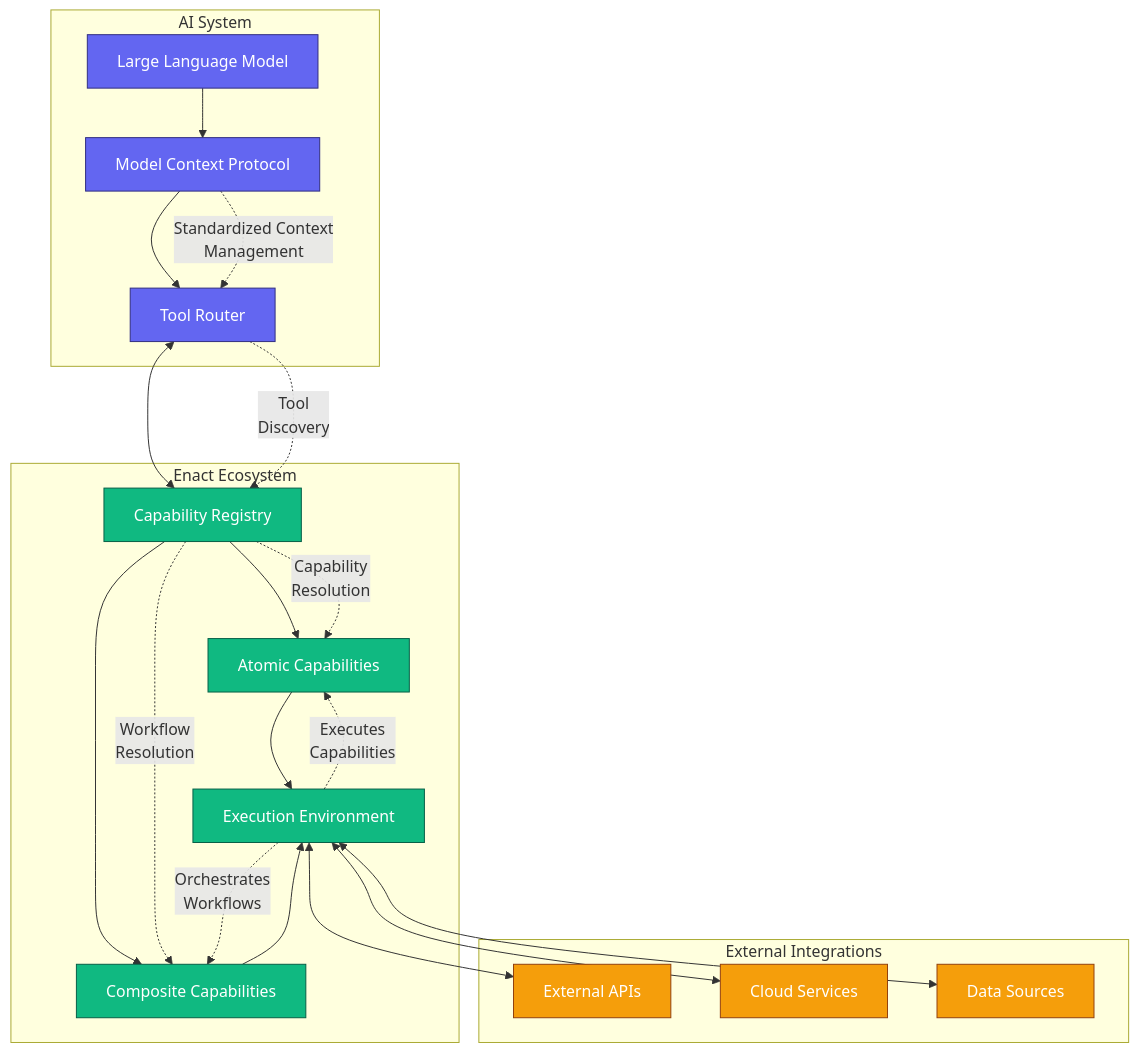
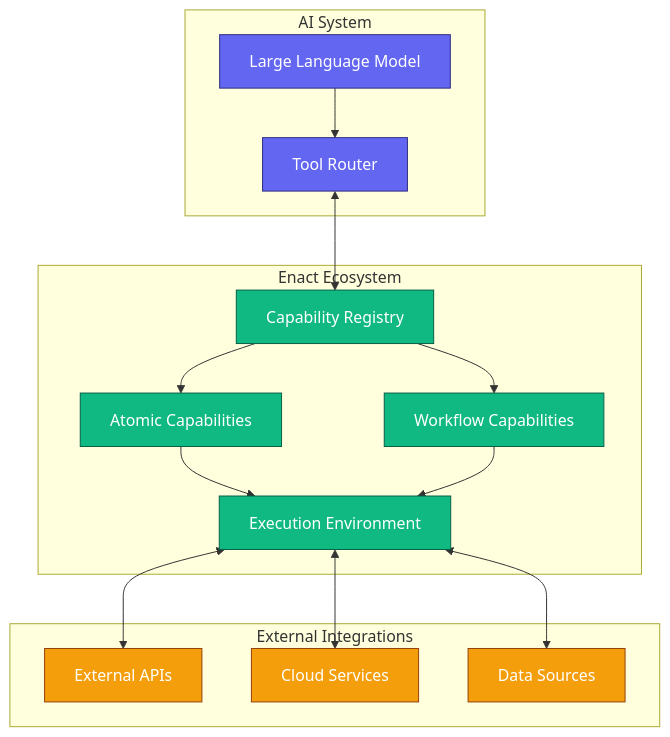
Before and after one commit to EnactProtocol/encat-spec-and-tools: the diagram in README.md, drawn with Mermaid. The commit also changed other lines of this file and 2 other files, not shown here.

Commit message:
simplify protocol

````diff
--- a/README.md
+++ b/README.md
@@ -33,53 +29,40 @@
 ```mermaid
 flowchart TB
     subgraph "AI System"
         LLM[Large Language Model]
-        MCP[Model Context Protocol]
         ToolRouter[Tool Router]
     end
     
     subgraph "Enact Ecosystem"
         Registry[Capability Registry]
         AtomicCap[Atomic Capabilities]
-        CompositeCap[Composite Capabilities]
+        WorkflowCap[Workflow Capabilities]
         ExecEnv[Execution Environment]
     end
     
-    LLM --> MCP
-    MCP --> ToolRouter
+    LLM --> ToolRouter
     ToolRouter <--> Registry
     
     Registry --> AtomicCap
-    Registry --> CompositeCap
+    Registry --> WorkflowCap
     AtomicCap --> ExecEnv
-    CompositeCap --> ExecEnv
+    WorkflowCap --> ExecEnv
     
     subgraph "External Integrations"
         APIs[External APIs]
         Services[Cloud Services]
         Data[Data Sources]
     end
     
     ExecEnv <--> APIs
     ExecEnv <--> Services
     ExecEnv <--> Data
     
-    %% Connection explanations
     classDef ai fill:#6366F1,stroke:#312E81,stroke-width:1px,color:white
     classDef enact fill:#10B981,stroke:#065F46,stroke-width:1px,color:white
     classDef external fill:#F59E0B,stroke:#92400E,stroke-width:1px,color:white
-    classDef primary fill:#EC4899,stroke:#831843,stroke-width:1px,color:white
-    classDef secondary fill:#8B5CF6,stroke:#5B21B6,stroke-width:1px,color:white
     
-    class LLM,MCP,ToolRouter ai
-    class Registry,AtomicCap,CompositeCap,ExecEnv enact
+    class LLM,ToolRouter ai
+    class Registry,AtomicCap,WorkflowCap,ExecEnv enact
     class APIs,Services,Data external
-    
-    %% Add descriptions
-    MCP -.-> |"Standardized Context<br/>Management"| ToolRouter
-    ToolRouter -.-> |"Tool<br/>Discovery"| Registry
-    Registry -.-> |"Capability<br/>Resolution"| AtomicCap
-    Registry -.-> |"Workflow<br/>Resolution"| CompositeCap
-    ExecEnv -.-> |"Executes<br/>Capabilities"| AtomicCap
-    ExecEnv -.-> |"Orchestrates<br/>Workflows"| CompositeCap
 ```
````
